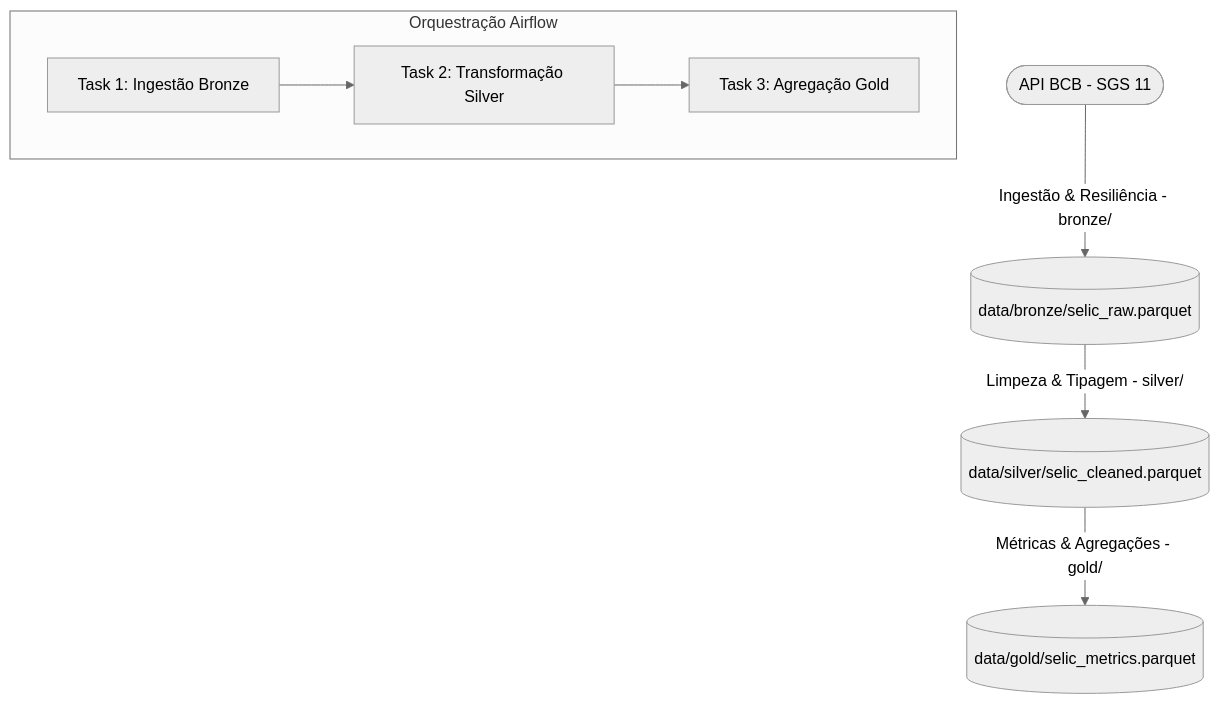
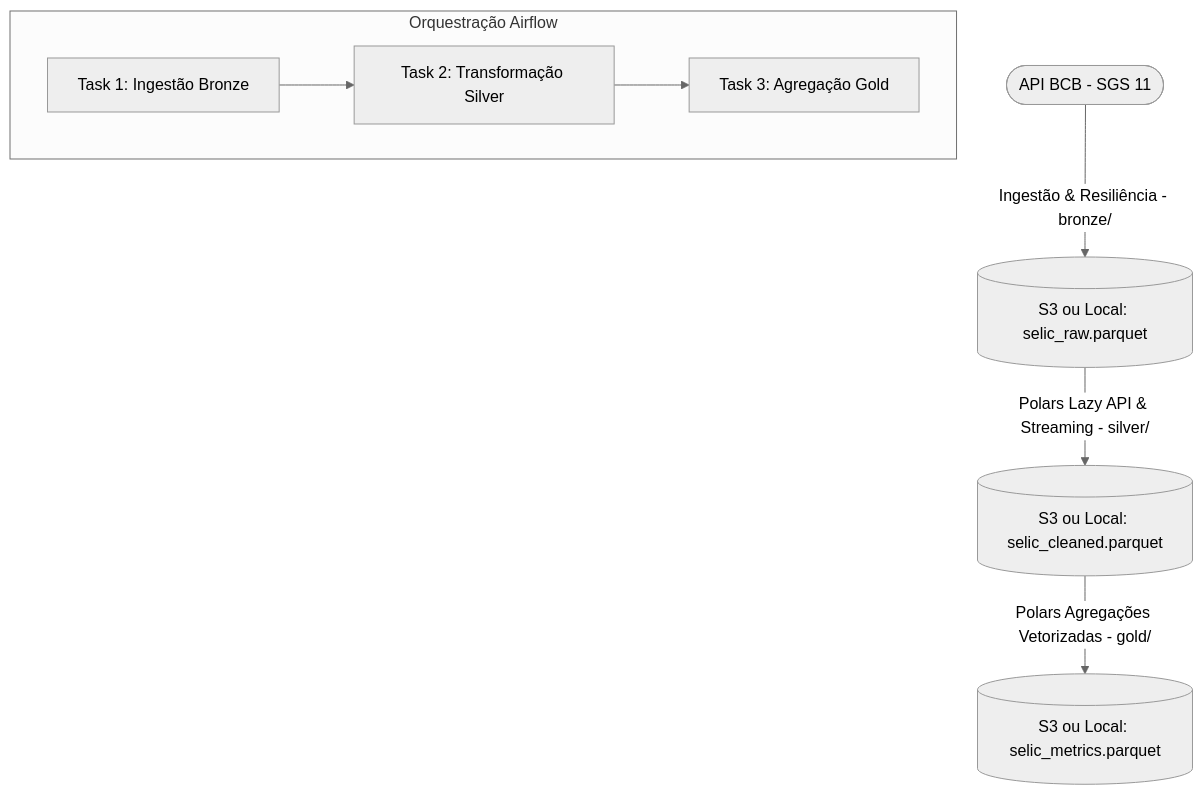
Before and after one commit to andreoliveira-dev/Desafio-BeAnalytics: the diagram in README.md, drawn with Mermaid (neutral theme). The commit also changed other lines of this file and 25 other files, not shown here.

Commit message:
refactor: migrate data pipeline to Polars and add S3 storage support via MinIO integration

````diff
--- a/README.md
+++ b/README.md
@@ -13,11 +13,11 @@
 ```mermaid
 graph TD
-    API([API BCB - SGS 11]) -->|Ingestão & Resiliência - bronze/| B_Stg[(data/bronze/selic_raw.parquet)]
-    B_Stg -->|Limpeza & Tipagem - silver/| S_Stg[(data/silver/selic_cleaned.parquet)]
-    S_Stg -->|Métricas & Agregações - gold/| G_Stg[(data/gold/selic_metrics.parquet)]
+    API([API BCB - SGS 11]) -->|Ingestão & Resiliência - bronze/| B_Stg[(S3 ou Local: selic_raw.parquet)]
+    B_Stg -->|Polars Lazy API & Streaming - silver/| S_Stg[(S3 ou Local: selic_cleaned.parquet)]
+    S_Stg -->|Polars Agregações Vetorizadas - gold/| G_Stg[(S3 ou Local: selic_metrics.parquet)]
 
     subgraph Airflow DAG [Orquestração Airflow]
         T1[Task 1: Ingestão Bronze] --> T2[Task 2: Transformação Silver]
         T2 --> T3[Task 3: Agregação Gold]
     end
 ```
````
